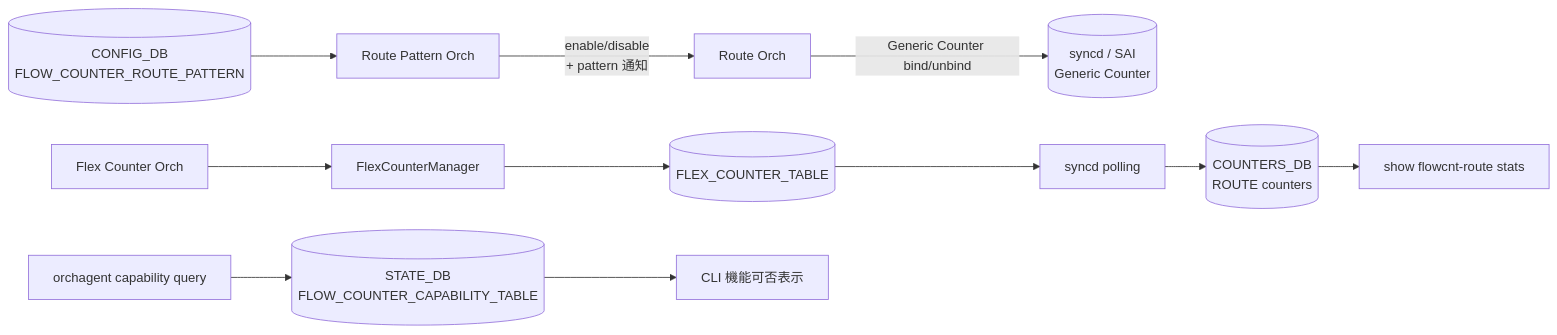
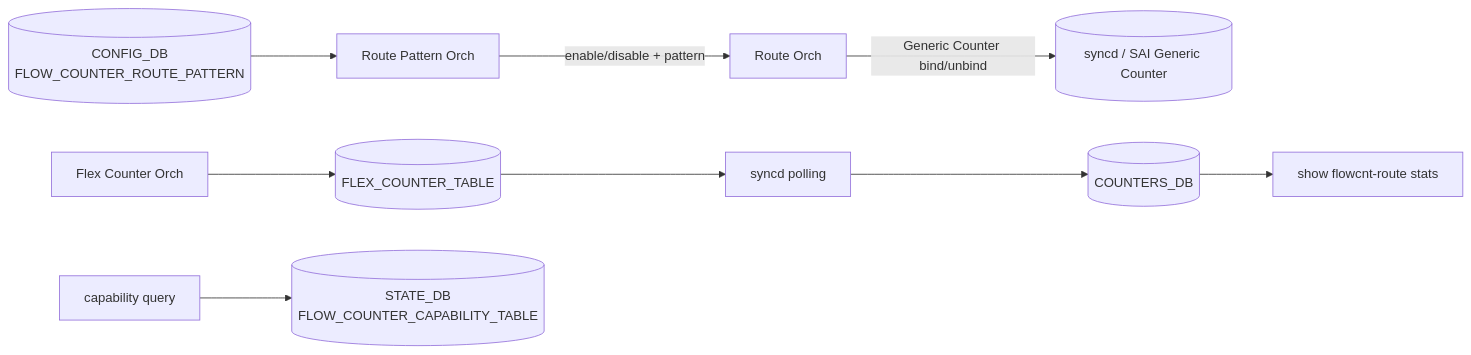
The diagram in docs/routing/sonic-route-flow-counter-design.md (aoki-taquan/sonic-unofficial-docs), drawn with Mermaid before and after one commit. The commit also changed other lines of this file and 7 other files, not shown here.

````diff
--- a/docs/routing/sonic-route-flow-counter-design.md
+++ b/docs/routing/sonic-route-flow-counter-design.md
@@ -40,13 +38,10 @@
 ```mermaid
 flowchart LR
     USER[(CONFIG_DB\nFLOW_COUNTER_ROUTE_PATTERN)] --> RPO[Route Pattern Orch]
-    RPO -->|enable/disable\n+ pattern 通知| RO[Route Orch]
-    RO -->|Generic Counter bind/unbind| SAI[(syncd / SAI\nGeneric Counter)]
-    FCO[Flex Counter Orch] --> FCM[FlexCounterManager]
-    FCM --> FCT[(FLEX_COUNTER_TABLE)]
-    FCT --> SYNCD[syncd polling]
-    SYNCD --> CDB[(COUNTERS_DB\nROUTE counters)]
+    RPO -->|enable/disable + pattern| RO[Route Orch]
+    RO -->|Generic Counter bind/unbind| SAI[(syncd / SAI Generic Counter)]
+    FCO[Flex Counter Orch] --> FCT[(FLEX_COUNTER_TABLE)]
+    FCT --> SYNCD[syncd polling] --> CDB[(COUNTERS_DB)]
     CDB --> CLI[show flowcnt-route stats]
-    ORCH[orchagent capability query] --> STATEDB[(STATE_DB\nFLOW_COUNTER_CAPABILITY_TABLE)]
-    STATEDB --> CLI2[CLI 機能可否表示]
+    ORCH[capability query] --> STATEDB[(STATE_DB\nFLOW_COUNTER_CAPABILITY_TABLE)]
 ```
````
